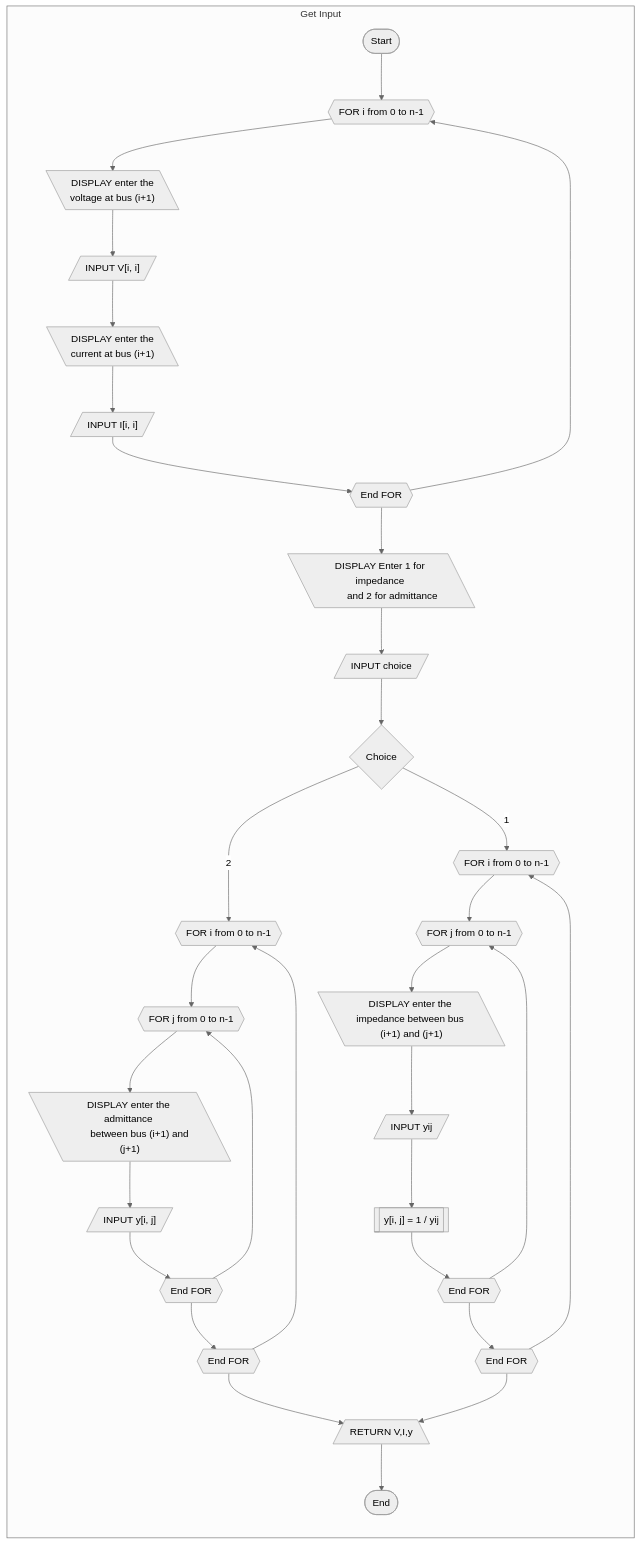
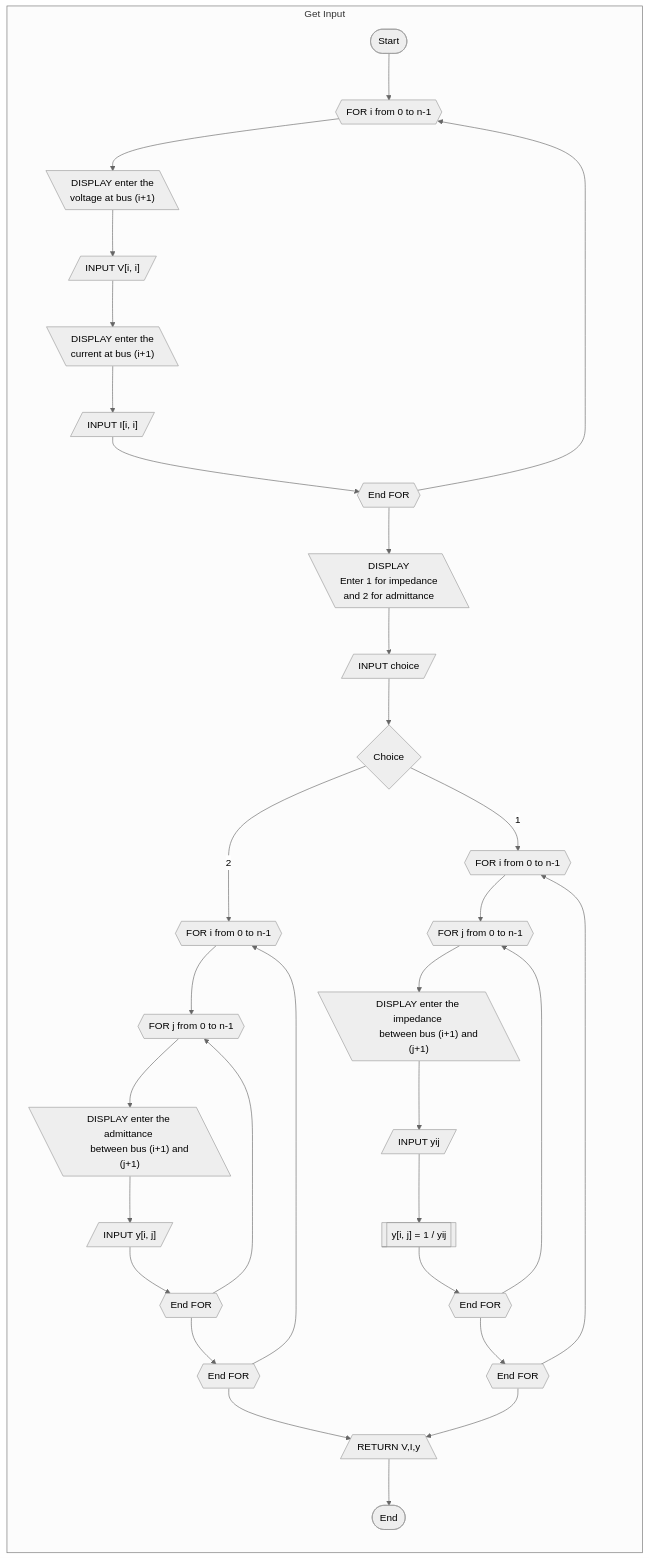
Before and after one commit to Sree2011/flowcharts-load-flow-analysis: the first of 4 diagrams in line-flows-and-losses.md, drawn with Mermaid (neutral theme).

```diff
--- a/line-flows-and-losses.md
+++ b/line-flows-and-losses.md
@@ -10,41 +10,43 @@
 <pre class="mermaid">
 graph LR
     subgraph "Get Input"
         direction TB
         K([Start])
         K --> L[FOR i from 0 to n-1]@{shape: hex}
         L --> M["DISPLAY enter the 
         voltage at bus (i+1)"]@{shape: lean-left}
         M --> N["INPUT V[i, i]"]@{shape: lean-right}
         N --> O["DISPLAY enter the 
         current at bus (i+1)"]@{shape: lean-left}
         O --> P["INPUT I[i, i]"]@{shape: lean-right}
         P --> Q[End FOR]@{shape: hex}
         Q --> L
-        Q --> R["DISPLAY Enter 1 for impedance 
+        Q --> R["DISPLAY 
+        Enter 1 for impedance 
         and 2 for admittance"]@{shape: lean-left}
         R --> S[INPUT choice]@{shape: lean-right}
         S --> S1[Choice]@{shape: diam}
         S1 --> |1| T[FOR i from 0 to n-1]@{shape: hex}
         T --> U[FOR j from 0 to n-1]@{shape: hex}
-        U --> V["DISPLAY enter the impedance between bus (i+1) and (j+1)"]@{shape: lean-left}
+        U --> V["DISPLAY enter the impedance 
+        between bus (i+1) and (j+1)"]@{shape: lean-left}
         V --> W[INPUT yij]@{shape: lean-right}
         W --> X[["y[i, j] = 1 / yij"]]
         X --> Y[End FOR]@{shape: hex}
         Y --> U
         Y --> Z[End FOR]@{shape: hex}
         Z --> T
         S1 --> |2| BB[FOR i from 0 to n-1]@{shape: hex}
         BB --> CC[FOR j from 0 to n-1]@{shape: hex}
         CC --> DD["DISPLAY enter the admittance 
         between bus (i+1) and (j+1)"]@{shape: lean-left}
         DD --> EE["INPUT y[i, j]"]@{shape: lean-right}
         EE --> FF[End FOR]@{shape: hex}
         FF --> CC
         FF --> GG[End FOR]@{shape: hex}
         GG --> BB
         GG --> II[/RETURN V,I,y\]
         Z --> II
         II --> JJ([End])
     end
 </pre>
```
